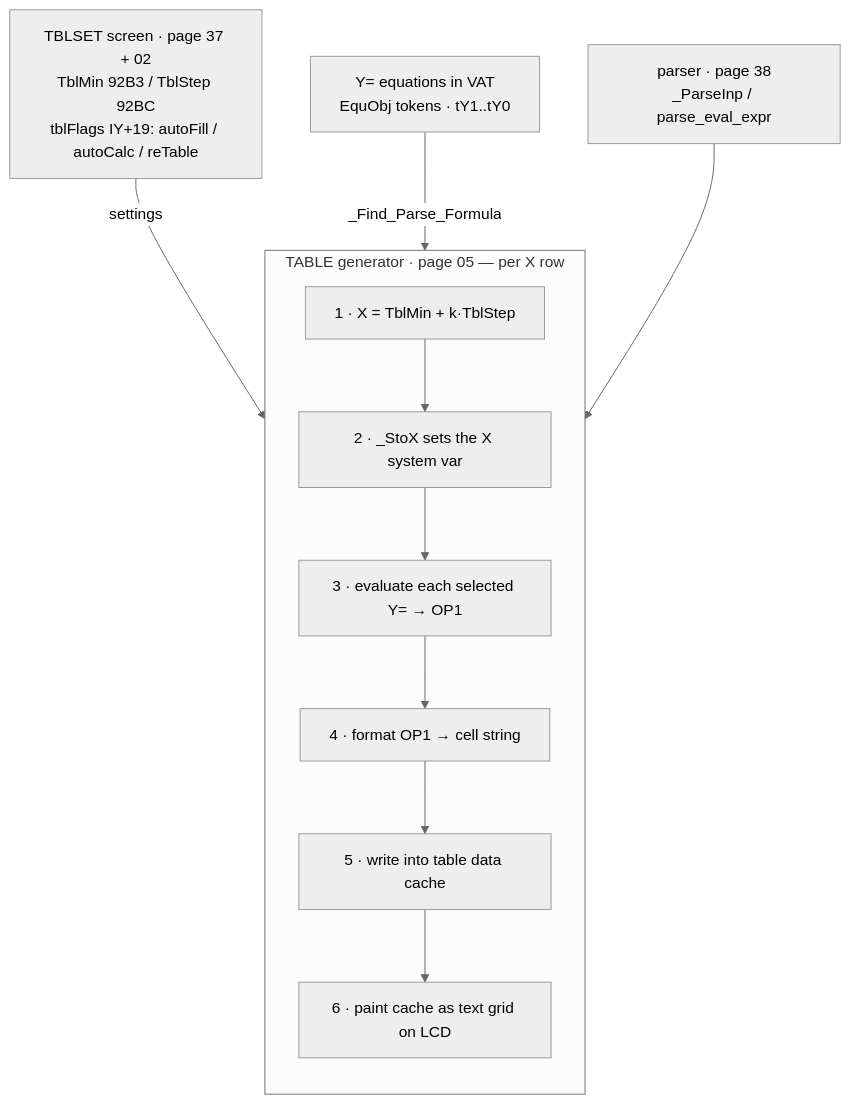
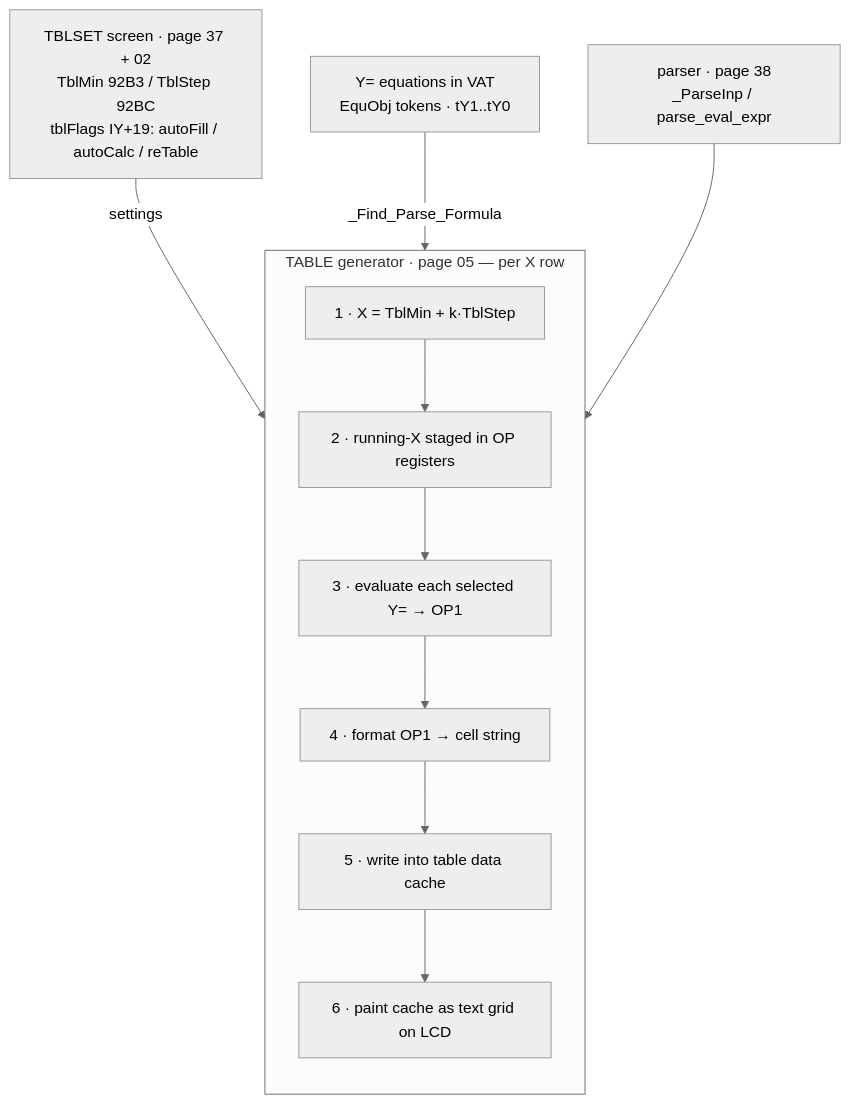
Before and after one commit to siraben/ti84p-re: the diagram in docs/sub-table-yvars.md, drawn with Mermaid (neutral theme). The commit also changed other lines of this file and 7 other files, not shown here.

````diff
--- a/docs/sub-table-yvars.md
+++ b/docs/sub-table-yvars.md
@@ -15,19 +15,19 @@
 ```mermaid
 flowchart TB
     TBLSET["TBLSET screen · page 37 + 02<br/>TblMin 92B3 / TblStep 92BC<br/>tblFlags IY+19: autoFill / autoCalc / reTable"]
     YEQ["Y= equations in VAT<br/>EquObj tokens · tY1..tY0"]
     PARSER["parser · page 38<br/>_ParseInp / parse_eval_expr"]
     subgraph GEN["TABLE generator · page 05 — per X row"]
       direction TB
       S1["1 · X = TblMin + k·TblStep"]
-      S2["2 · _StoX sets the X system var"]
+      S2["2 · running-X staged in OP registers"]
       S3["3 · evaluate each selected Y= → OP1"]
       S4["4 · format OP1 → cell string"]
       S5["5 · write into table data cache"]
       S6["6 · paint cache as text grid on LCD"]
       S1 --> S2 --> S3 --> S4 --> S5 --> S6
     end
     TBLSET -->|settings| S1
     YEQ -->|_Find_Parse_Formula| S3
     PARSER --> S3
 ```
````
